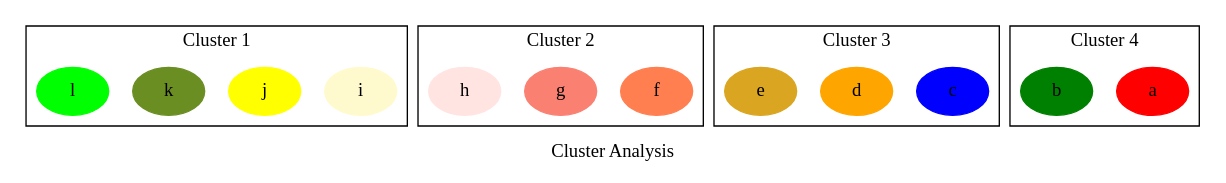
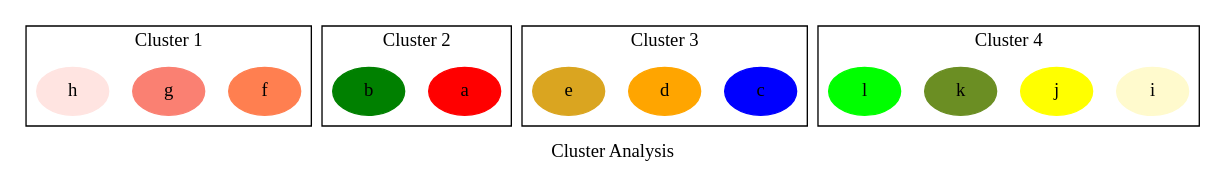
Before and after one commit to graphviz-perl/GraphViz2-Marpa-PathUtils: the diagram in data/path.set.01.out.gv, drawn with Graphviz. The commit also changed 2 other files, not shown here.

```diff
--- a/data/path.set.01.out.gv
+++ b/data/path.set.01.out.gv
@@ -1,40 +1,52 @@
 strict digraph "Cluster Analysis"
 {
 graph [ label="Cluster Analysis" rankdir="TB" ]
 
 subgraph "cluster 1"
 {
 graph [ label="Cluster 1" rankdir="TB" ]
 
-"i" [ color="lemonchiffon" style="filled" ]
-"j" [ color="yellow" style="filled" ]
-"k" [ color="olivedrab" style="filled" ]
-"l" [ color="lime" style="filled" ]
+"f" [ color="coral" style="filled" ]
+"g" [ color="salmon" style="filled" ]
+"h" [ color="mistyrose" style="filled" ]
+"f" [ color="coral" style="filled" ]
+"g" [ color="salmon" style="filled" ]
+"h" [ color="mistyrose" style="filled" ]
 }
 
 subgraph "cluster 2"
 {
 graph [ label="Cluster 2" rankdir="TB" ]
 
-"f" [ color="coral" style="filled" ]
-"g" [ color="salmon" style="filled" ]
-"h" [ color="mistyrose" style="filled" ]
+"a" [ color="red" style="filled" ]
+"b" [ color="green" style="filled" ]
+"a" [ color="red" style="filled" ]
+"b" [ color="green" style="filled" ]
 }
 
 subgraph "cluster 3"
 {
 graph [ label="Cluster 3" rankdir="TB" ]
 
 "c" [ color="blue" style="filled" ]
 "d" [ color="orange" style="filled" ]
 "e" [ color="goldenrod" style="filled" ]
+"c" [ color="blue" style="filled" ]
+"d" [ color="orange" style="filled" ]
+"e" [ color="goldenrod" style="filled" ]
 }
 
 subgraph "cluster 4"
 {
 graph [ label="Cluster 4" rankdir="TB" ]
 
-"a" [ color="red" style="filled" ]
-"b" [ color="green" style="filled" ]
+"i" [ color="lemonchiffon" style="filled" ]
+"j" [ color="yellow" style="filled" ]
+"k" [ color="olivedrab" style="filled" ]
+"l" [ color="lime" style="filled" ]
+"i" [ color="lemonchiffon" style="filled" ]
+"j" [ color="yellow" style="filled" ]
+"k" [ color="olivedrab" style="filled" ]
+"l" [ color="lime" style="filled" ]
 }
 }
```
